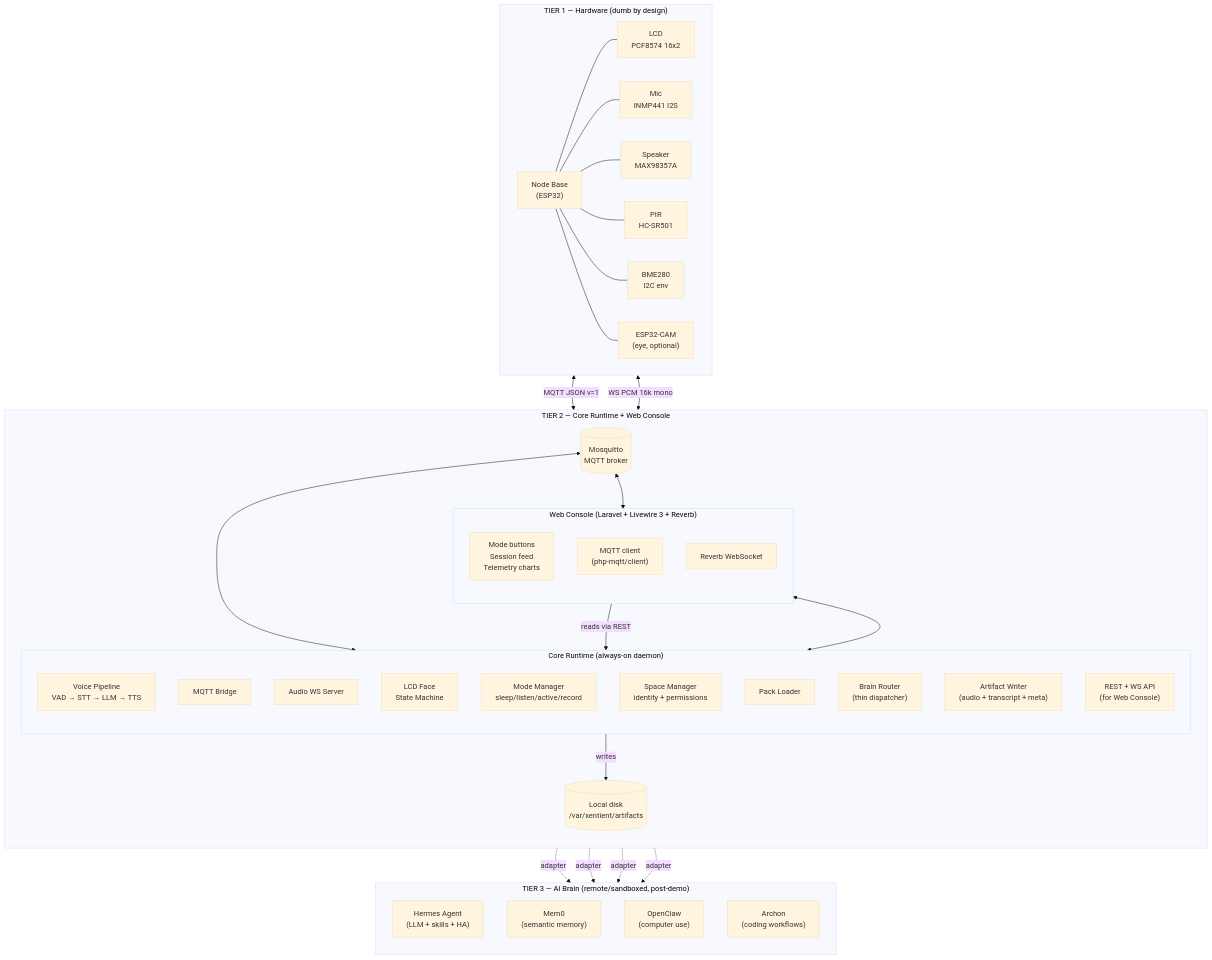
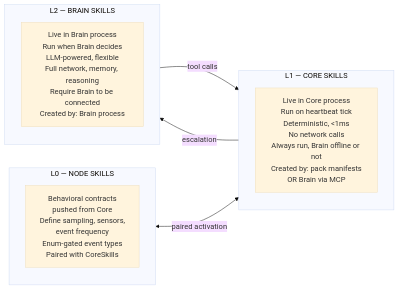
Before and after one commit to daviddatuX25/Xentient: the second of 8 diagrams in docs/ARCHITECTURE.md, drawn with Mermaid (base theme). The commit also changed other lines of this file and 25 other files, not shown here.

````diff
--- a/docs/ARCHITECTURE.md
+++ b/docs/ARCHITECTURE.md
@@ -34,58 +62,21 @@
 ```mermaid
-flowchart TB
-    subgraph T1["TIER 1 — Hardware (dumb by design)"]
-        direction LR
-        NB["Node Base<br/>(ESP32)"]
-        NB --- LCD["LCD<br/>PCF8574 16x2"]
-        NB --- MIC["Mic<br/>INMP441 I2S"]
-        NB --- SPK["Speaker<br/>MAX98357A"]
-        NB --- PIR["PIR<br/>HC-SR501"]
-        NB --- BME["BME280<br/>I2C env"]
-        NB --- CAM["ESP32-CAM<br/>(eye, optional)"]
+flowchart LR
+    subgraph L0["L0 — NODE SKILLS"]
+        direction TB
+        NS["Behavioral contracts<br/>pushed from Core<br/>Define sampling, sensors,<br/>event frequency<br/>Enum-gated event types<br/>Paired with CoreSkills"]
     end
 
-    subgraph T2["TIER 2 — Core Runtime + Web Console"]
+    subgraph L1["L1 — CORE SKILLS"]
         direction TB
-        subgraph CORE["Core Runtime (always-on daemon)"]
-            direction TB
-            VP["Voice Pipeline<br/>VAD → STT → LLM → TTS"]
-            MQB["MQTT Bridge"]
-            AS["Audio WS Server"]
-            FACE["LCD Face<br/>State Machine"]
-            MM["Mode Manager<br/>sleep/listen/active/record"]
-            SM["Space Manager<br/>identity + permissions"]
-            PL["Pack Loader"]
-            BR["Brain Router<br/>(thin dispatcher)"]
-            ART["Artifact Writer<br/>(audio + transcript + meta)"]
-            REST["REST + WS API<br/>(for Web Console)"]
-        end
-        subgraph WEB["Web Console (Laravel + Livewire 3 + Reverb)"]
-            direction TB
-            UI["Mode buttons<br/>Session feed<br/>Telemetry charts"]
-            MQTC["MQTT client<br/>(php-mqtt/client)"]
-            REVERB["Reverb WebSocket"]
-        end
-        BROKER[("Mosquitto<br/>MQTT broker")]
-        DISK[("Local disk<br/>/var/xentient/artifacts")]
+        CS["Live in Core process<br/>Run on heartbeat tick<br/>Deterministic, <1ms<br/>No network calls<br/>Always run, Brain offline or not<br/>Created by: pack manifests<br/>OR Brain via MCP"]
     end
 
-    subgraph T3["TIER 3 — AI Brain (remote/sandboxed, post-demo)"]
+    subgraph L2["L2 — BRAIN SKILLS"]
         direction TB
-        HERMES["Hermes Agent<br/>(LLM + skills + HA)"]
-        MEM0["Mem0<br/>(semantic memory)"]
-        OC["OpenClaw<br/>(computer use)"]
-        ARC["Archon<br/>(coding workflows)"]
+        BS["Live in Brain process<br/>Run when Brain decides<br/>LLM-powered, flexible<br/>Full network, memory, reasoning<br/>Require Brain to be connected<br/>Created by: Brain process"]
     end
 
-    NB <-->|MQTT JSON v=1| BROKER
-    NB <-->|WS PCM 16k mono| AS
-    BROKER <--> MQB
-    BROKER <--> MQTC
-    CORE -->|writes| DISK
-    WEB -->|reads via REST| CORE
-    REST <--> WEB
-    BR -.adapter.-> HERMES
-    BR -.adapter.-> MEM0
-    BR -.adapter.-> OC
-    BR -.adapter.-> ARC
+    NS <-->|paired activation| CS
+    CS -->|escalation| BS
+    BS -->|tool calls| CS
 ```
````
